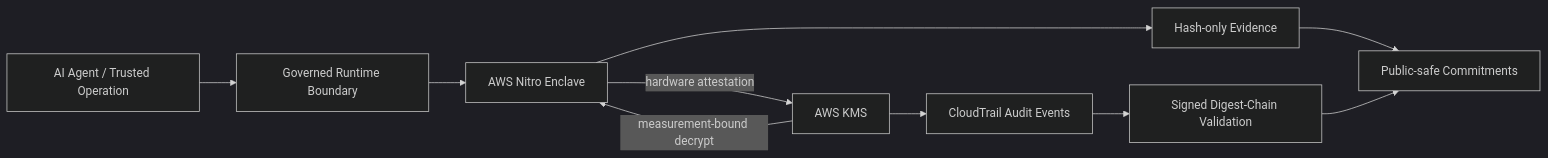
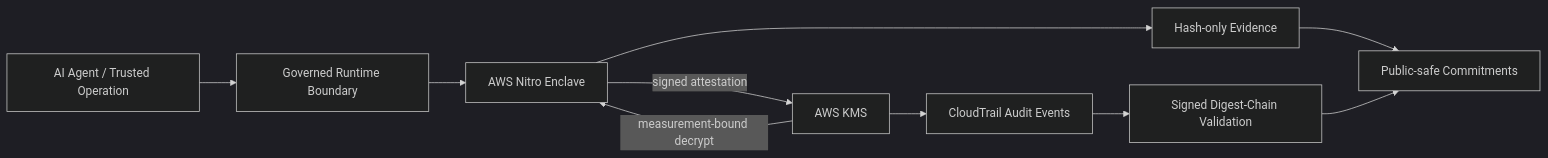
One commit to vladislavnaidenkopro-code/hardware-attested-ai-agent-runtime changed the diagram in README.md. Above: the diagram before and after it, drawn with Mermaid (dark theme). The commit also changed other lines of this file and 6 other files, not shown here.

````diff
--- a/README.md
+++ b/README.md
@@ -33,12 +57,12 @@
 ```mermaid
 flowchart LR
     A[AI Agent / Trusted Operation] --> B[Governed Runtime Boundary]
     B --> C[AWS Nitro Enclave]
-    C -- hardware attestation --> D[AWS KMS]
+    C -- signed attestation --> D[AWS KMS]
     D -- measurement-bound decrypt --> C
     C --> E[Hash-only Evidence]
     D --> F[CloudTrail Audit Events]
     F --> G[Signed Digest-Chain Validation]
     E --> H[Public-safe Commitments]
     G --> H
 ```
````
